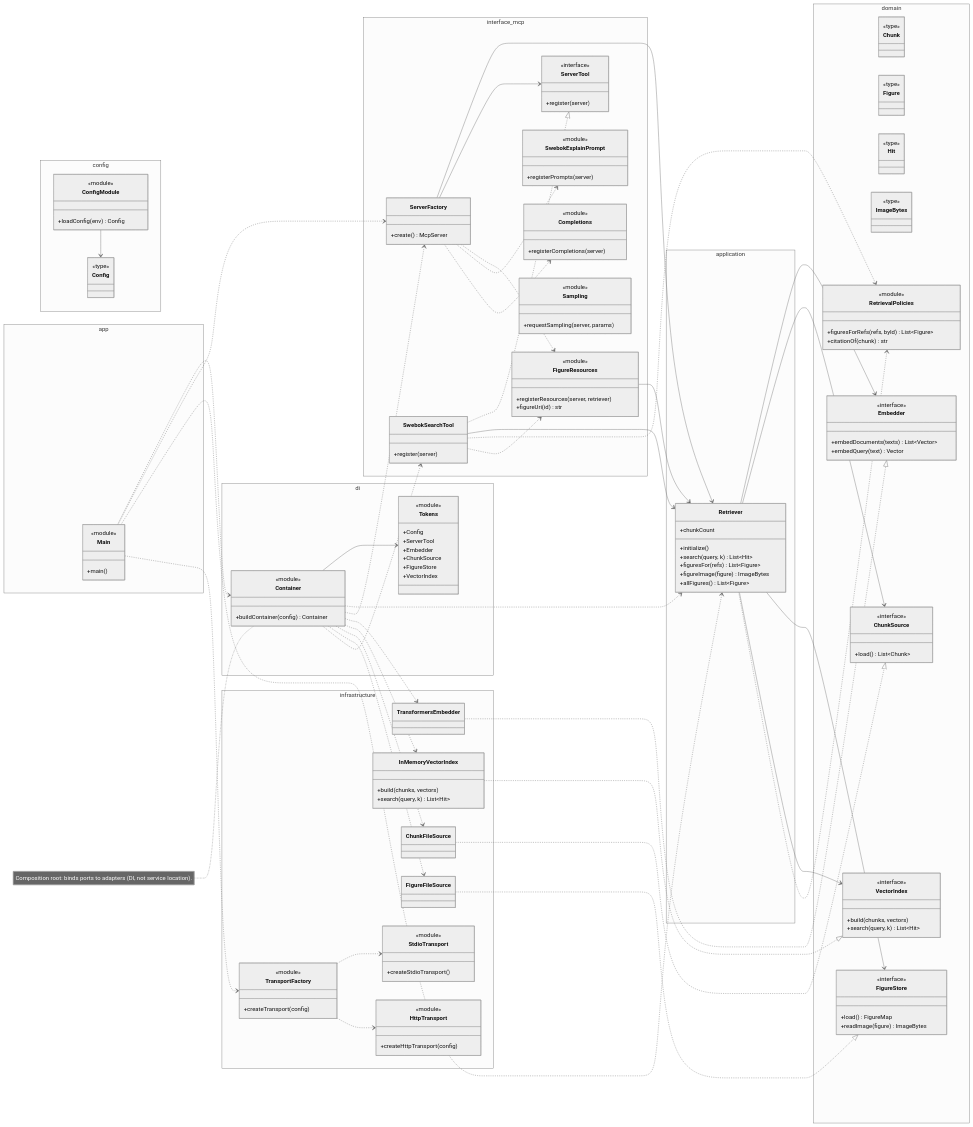
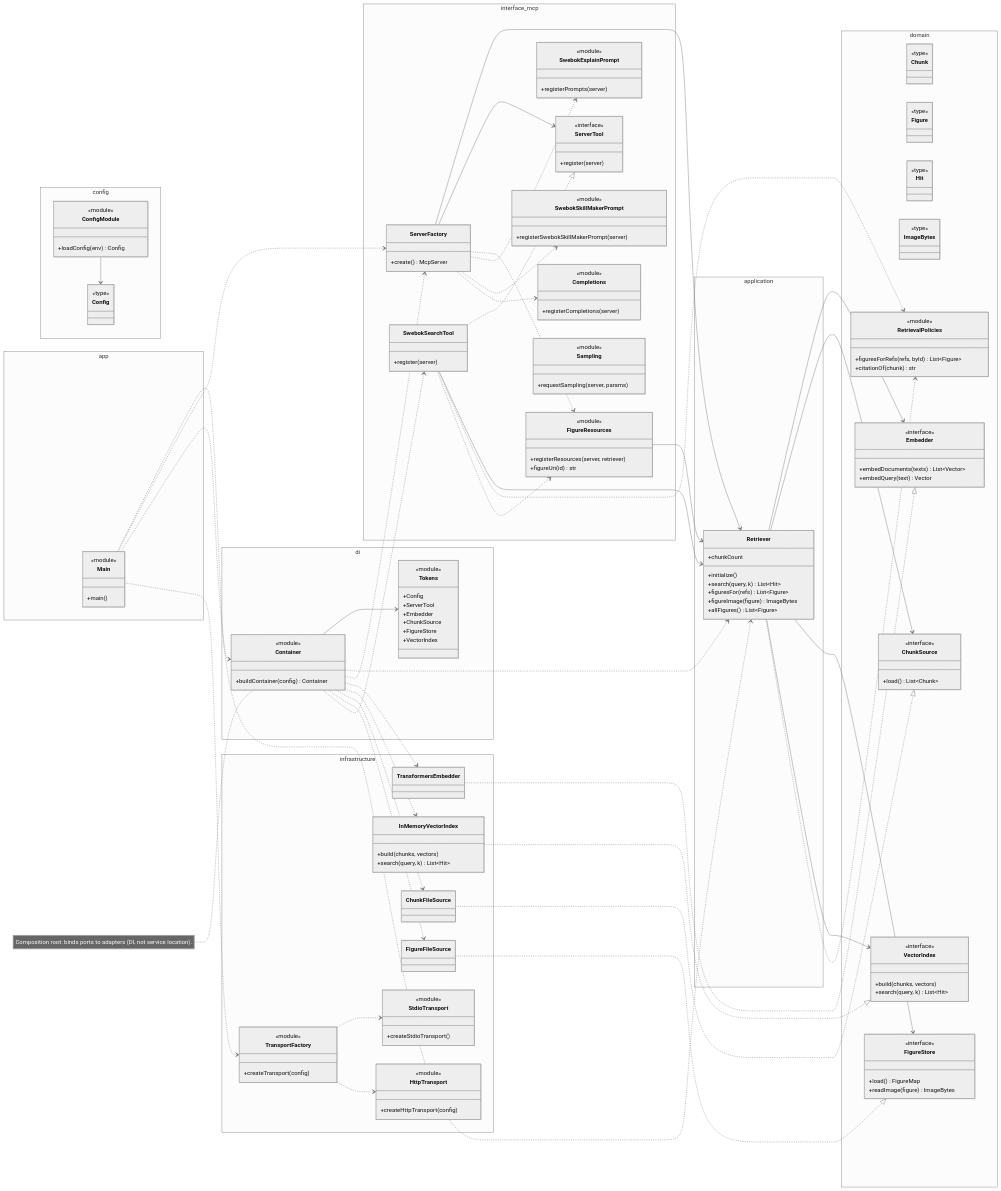
Before and after one commit to SzatanKluska/MCPSWEBOK: the third of 3 diagrams in docs/architecture/system-class-diagram.md, drawn with Mermaid (neutral theme). The commit also changed other lines of this file, not shown here.

Commit message:
documentation update

```diff
--- a/docs/architecture/system-class-diagram.md
+++ b/docs/architecture/system-class-diagram.md
@@ -273,6 +273,10 @@
       <<module>>
       +registerPrompts(server)
     }
+    class SwebokSkillMakerPrompt {
+      <<module>>
+      +registerSwebokSkillMakerPrompt(server)
+    }
     class Completions {
       <<module>>
       +registerCompletions(server)
@@ -336,6 +340,7 @@
   ServerFactory --> ServerTool
   ServerFactory ..> FigureResources
   ServerFactory ..> SwebokExplainPrompt
+  ServerFactory ..> SwebokSkillMakerPrompt
   ServerFactory ..> Completions
   FigureResources --> Retriever
 
```
